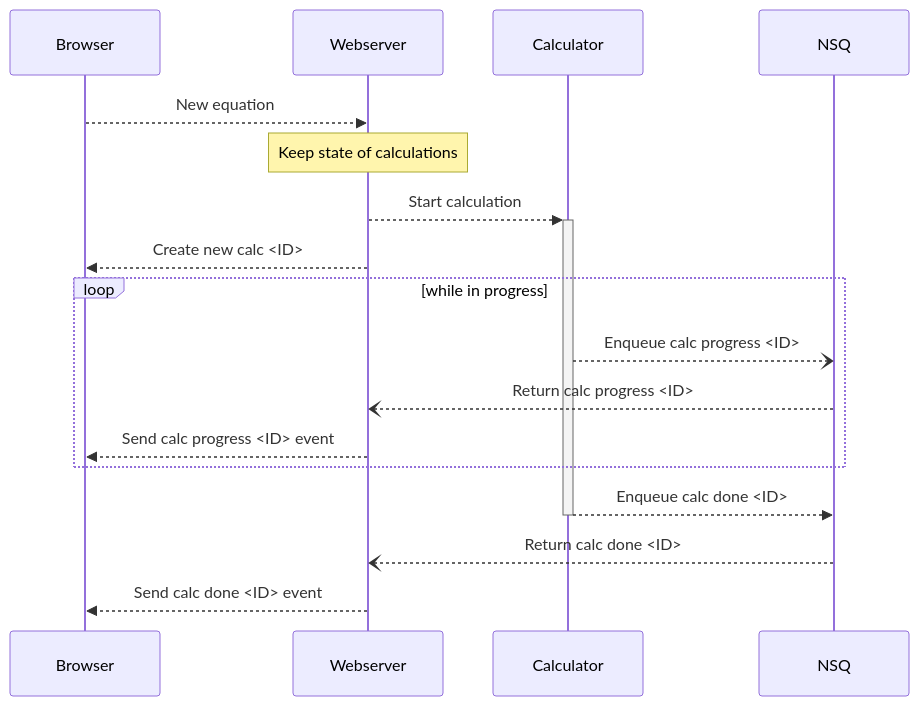
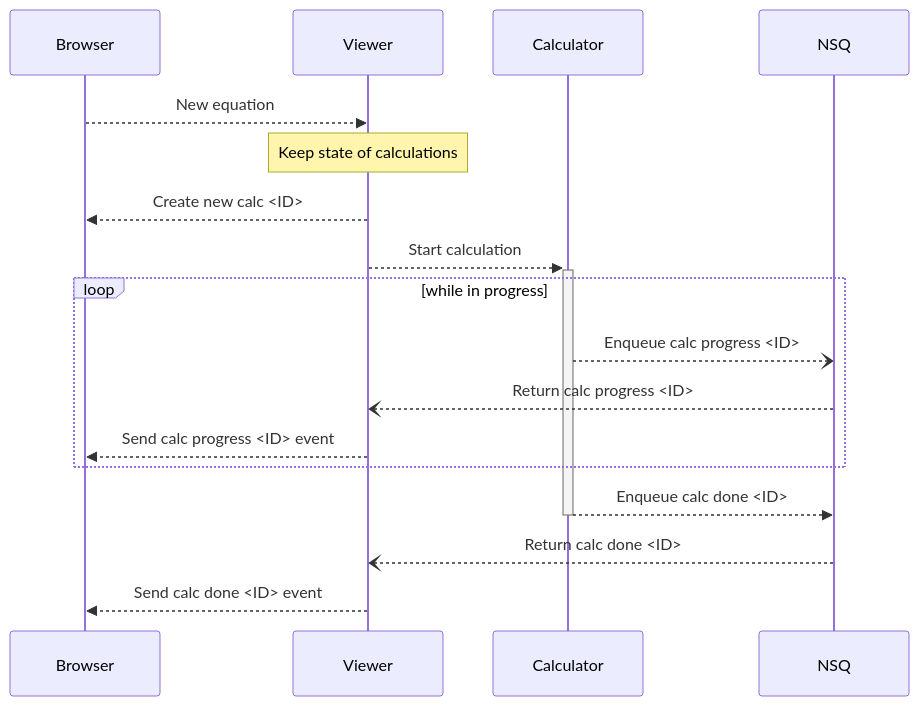
The second of 2 diagrams in README.md (mortenskoett/calculator-madness), drawn with Mermaid before and after one commit. The commit also changed other lines of this file, not shown here.

Commit message:
Update comp diagram in README

````diff
--- a/README.md
+++ b/README.md
@@ -63,24 +63,24 @@
 ```mermaid
 sequenceDiagram
     participant B as Browser
-    participant W as Webserver
+    participant W as Viewer
     participant C as Calculator
     participant Q as NSQ
 
     B-->>W: New equation
 
     Note over W: Keep state of calculations
 
+    W-->>B: Create new calc <ID>
+
     W-->>+C: Start calculation
-
-    W-->>B: Create new calc <ID>
 
     loop while in progress
         C--)Q: Enqueue calc progress <ID>
         Q--)W: Return calc progress <ID>
         W-->>B: Send calc progress <ID> event
     end
     C-->>-Q: Enqueue calc done <ID>
     Q--)W: Return calc done <ID>
     W-->>B: Send calc done <ID> event
 ```
````
